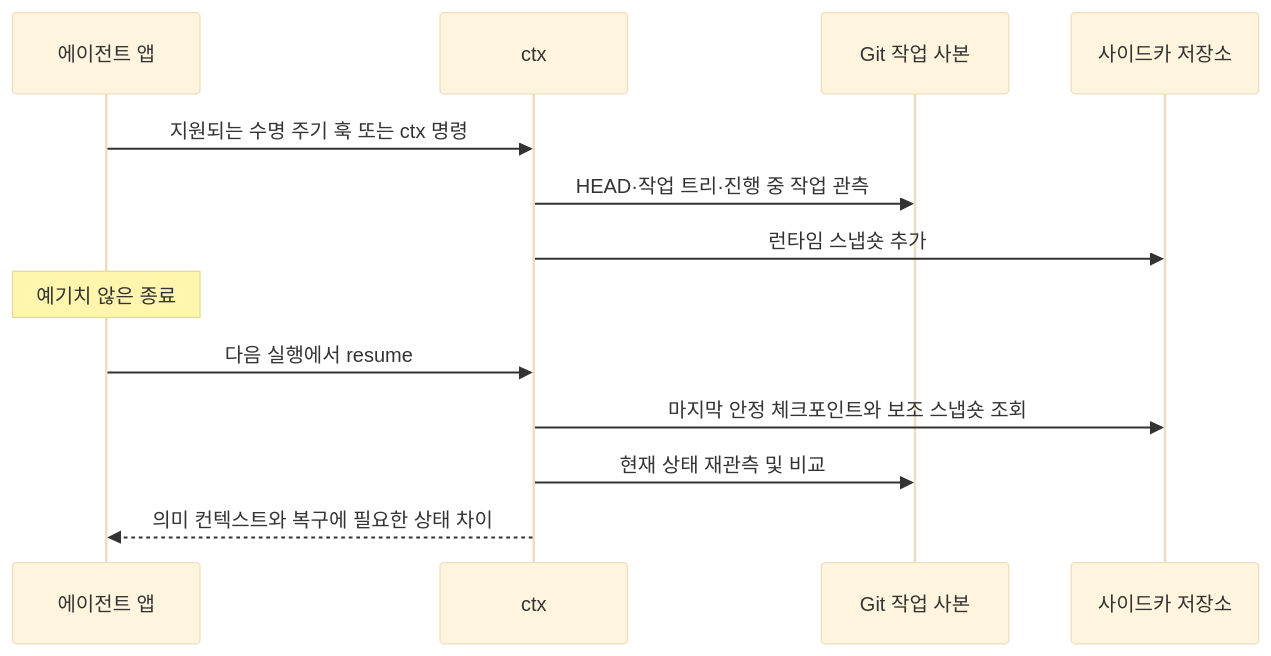
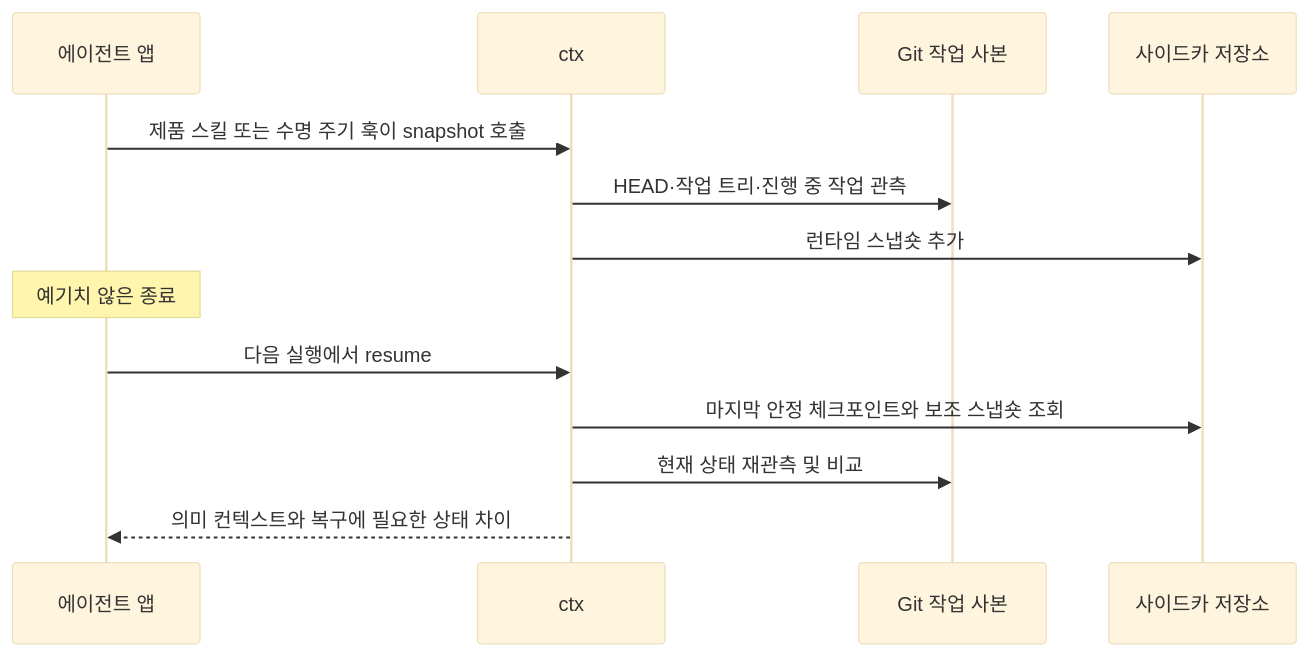
The seventh of 7 diagrams in docs/user-scenarios.md (robinjoon/ai-kit), drawn with Mermaid (base theme) before and after one commit. The commit also changed other lines of this file and 31 other files, not shown here.

````diff
--- a/docs/user-scenarios.md
+++ b/docs/user-scenarios.md
@@ -175,16 +175,16 @@
 ```mermaid
 sequenceDiagram
     participant App as 에이전트 앱
     participant Ctx as ctx
     participant Git as Git 작업 사본
     participant Store as 사이드카 저장소
 
-    App->>Ctx: 지원되는 수명 주기 훅 또는 ctx 명령
+    App->>Ctx: 제품 스킬 또는 수명 주기 훅이 snapshot 호출
     Ctx->>Git: HEAD·작업 트리·진행 중 작업 관측
     Ctx->>Store: 런타임 스냅숏 추가
     Note over App: 예기치 않은 종료
     App->>Ctx: 다음 실행에서 resume
     Ctx->>Store: 마지막 안정 체크포인트와 보조 스냅숏 조회
     Ctx->>Git: 현재 상태 재관측 및 비교
     Ctx-->>App: 의미 컨텍스트와 복구에 필요한 상태 차이
 ```
````
